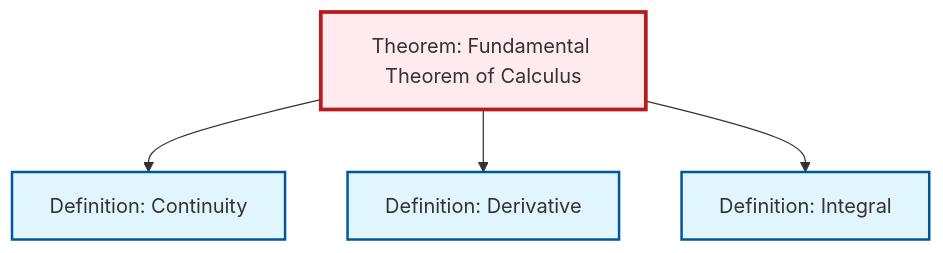
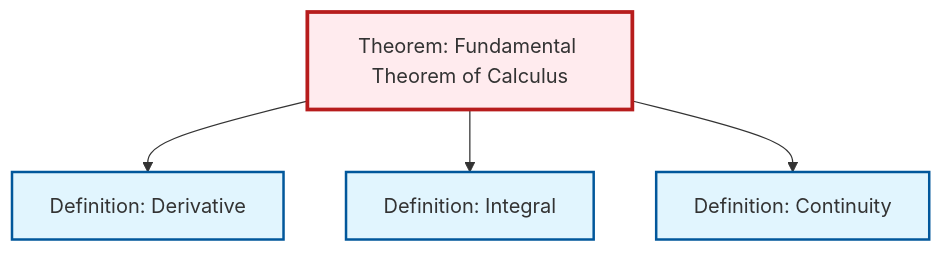
The diagram in content/en/analysis/thm-fundamental-calculus.qmd (RK0429/ModernMath), drawn with Mermaid before and after one commit. The commit also changed other lines of this file and 634 other files, not shown here.

````diff
--- a/content/en/analysis/thm-fundamental-calculus.qmd
+++ b/content/en/analysis/thm-fundamental-calculus.qmd
@@ -141,20 +141,20 @@
 ```{mermaid}
 %%| fig-cap: "Local dependency graph"
 graph TD
     classDef definition fill:#e1f5fe,stroke:#01579b,stroke-width:2px
     classDef theorem fill:#f3e5f5,stroke:#4a148c,stroke-width:2px
     classDef axiom fill:#fff3e0,stroke:#e65100,stroke-width:2px
     classDef example fill:#e8f5e9,stroke:#1b5e20,stroke-width:2px
     classDef current fill:#ffebee,stroke:#b71c1c,stroke-width:3px
     def-continuity["Definition: Continuity"]:::definition
+    def-derivative["Definition: Derivative"]:::definition
+    thm-fundamental-calculus["Theorem: Fundamental Theorem of Calculus"]:::theorem
     def-integral["Definition: Integral"]:::definition
-    thm-fundamental-calculus["Theorem: Fundamental Theorem of Calculus"]:::theorem
-    def-derivative["Definition: Derivative"]:::definition
-    thm-fundamental-calculus --> def-continuity
     thm-fundamental-calculus --> def-derivative
     thm-fundamental-calculus --> def-integral
+    thm-fundamental-calculus --> def-continuity
     class thm-fundamental-calculus current
     click def-continuity "def-continuity.html" "Go to Continuity definition"
+    click def-derivative "def-derivative.html" "Go to Derivative definition"
     click def-integral "def-integral.html" "Go to Integral definition"
-    click def-derivative "def-derivative.html" "Go to Derivative definition"
 ```
````
